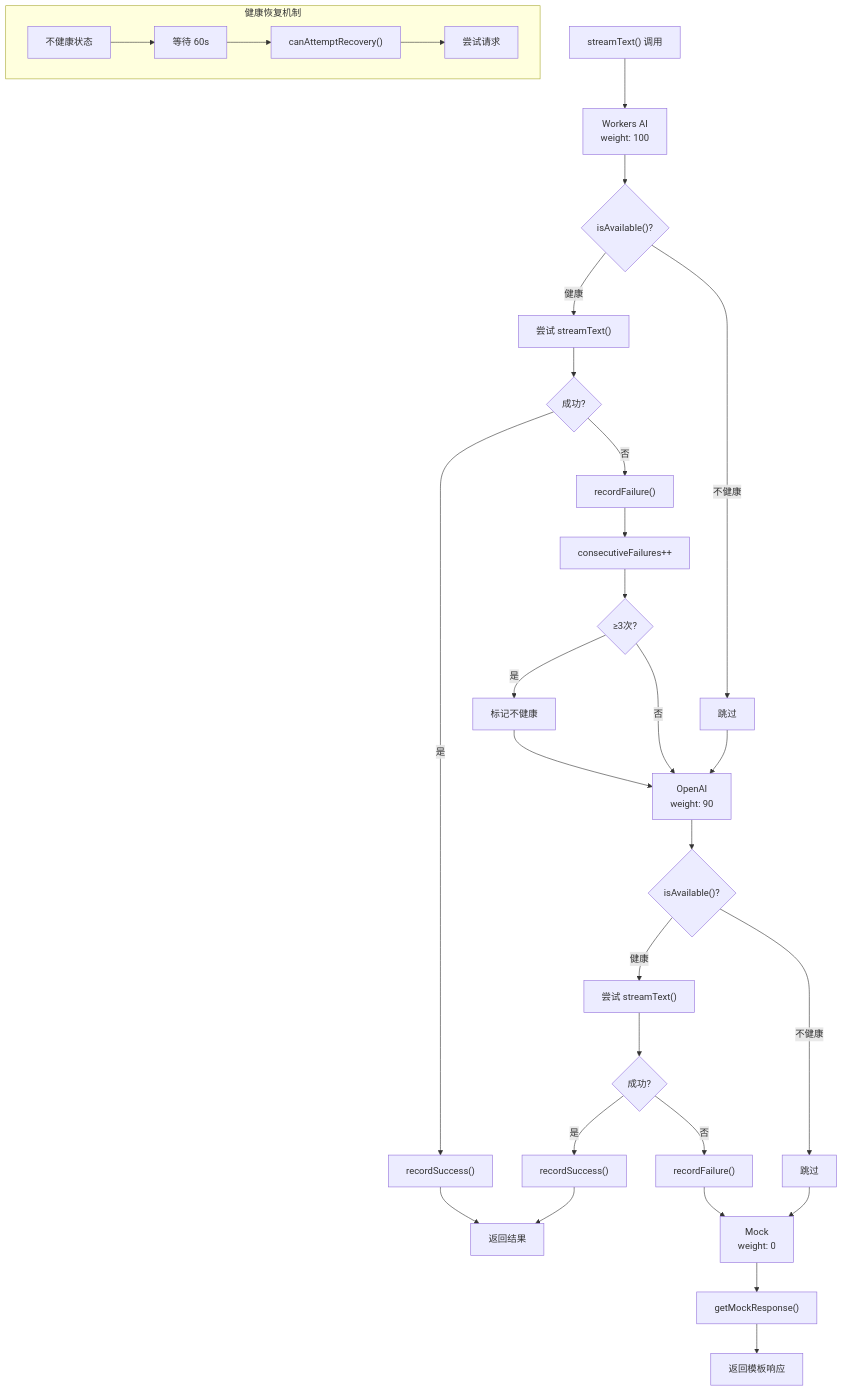
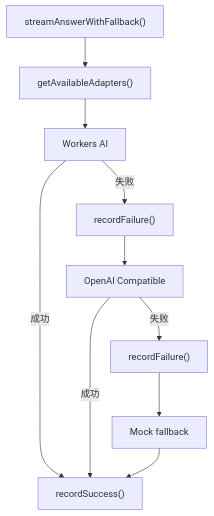
Before and after one commit to souloss/astro-minblog: the seventh of 11 diagrams in apps/blog/src/data/blog/zh/ai-module-architecture.md, drawn with Mermaid. The commit also changed other lines of this file, not shown here.

First line of the commit message:
docs(blog): rewrite Chinese AI architecture deep dive

````diff
--- a/apps/blog/src/data/blog/zh/ai-module-architecture.md
+++ b/apps/blog/src/data/blog/zh/ai-module-architecture.md
@@ -1253,45 +582,12 @@
 ```mermaid
 flowchart TB
-    A["streamText() 调用"] --> B["Workers AI<br/>weight: 100"]
-
-    B --> C{"isAvailable()?"}
-    C -->|健康| D["尝试 streamText()"]
-    C -->|不健康| E["跳过"]
-
-    D --> F{"成功?"}
-    F -->|是| G["recordSuccess()"]
-    G --> H["返回结果"]
-
-    F -->|否| I["recordFailure()"]
-    I --> J["consecutiveFailures++"]
-    J --> K{"≥3次?"}
-    K -->|是| L["标记不健康"]
-    K -->|否| M["OpenAI<br/>weight: 90"]
-
-    E --> M
-    L --> M
-
-    M --> N{"isAvailable()?"}
-    N -->|健康| O["尝试 streamText()"]
-    N -->|不健康| P["跳过"]
-
-    O --> Q{"成功?"}
-    Q -->|是| R["recordSuccess()"]
-    R --> H
-
-    Q -->|否| S["recordFailure()"]
-    S --> T["Mock<br/>weight: 0"]
-
-    P --> T
-
-    T --> U["getMockResponse()"]
-    U --> V["返回模板响应"]
-
-    subgraph 健康恢复机制
-        W["不健康状态"]
-        X["等待 60s"]
-        Y["canAttemptRecovery()"]
-        Z["尝试请求"]
-        W --> X --> Y --> Z
-    end
+    A["streamAnswerWithFallback()"] --> B["getAvailableAdapters()"]
+    B --> C["Workers AI"]
+    C -->|失败| D["recordFailure()"]
+    D --> E["OpenAI Compatible"]
+    E -->|失败| F["recordFailure()"]
+    F --> G["Mock fallback"]
+    C -->|成功| H["recordSuccess()"]
+    E -->|成功| H
+    G --> H
 ```
````
